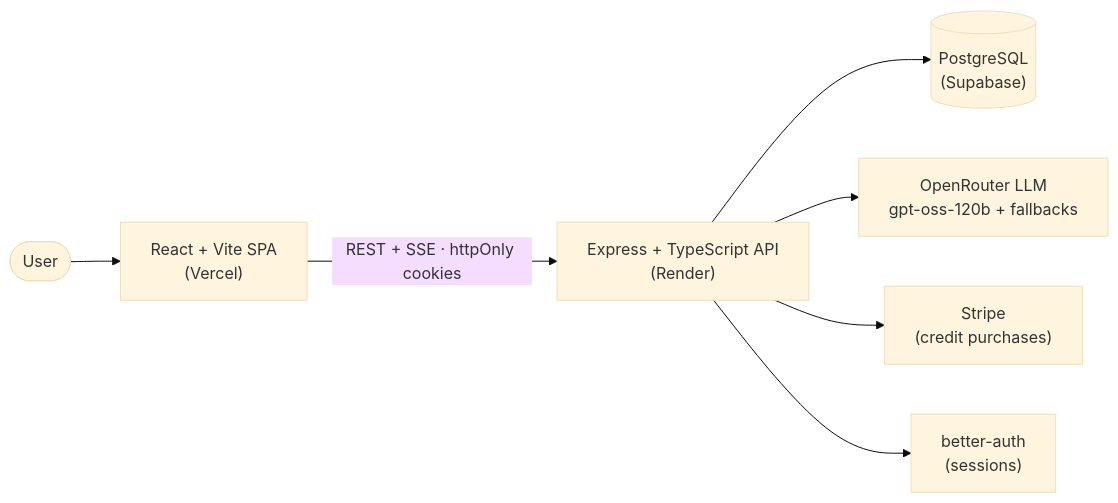
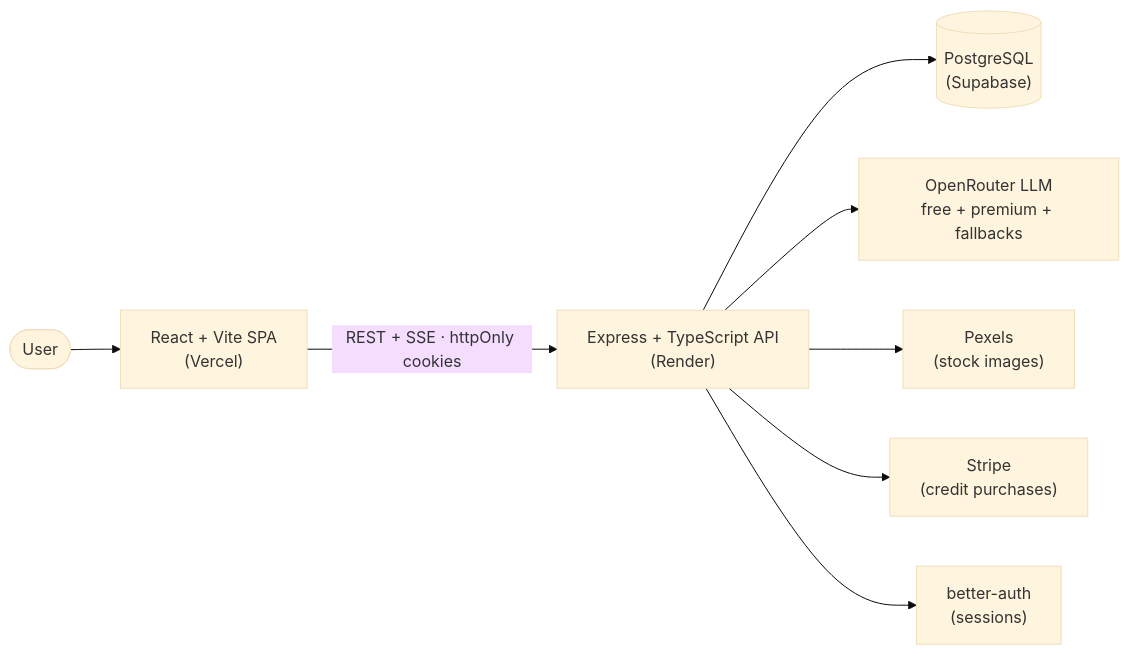
Before and after one commit to Prathamesh51-debug/GenSite: the first of 2 diagrams in README.md, drawn with Mermaid (base theme). The commit also changed other lines of this file and 10 other files, not shown here.

Commit message:
docs: restructure README with evolution, ROI visuals, and an animated free-vs-premium comparison

````diff
--- a/README.md
+++ b/README.md
@@ -46,9 +102,10 @@
 ```mermaid
 flowchart LR
     U([User]) --> FE["React + Vite SPA<br/>(Vercel)"]
     FE -->|"REST + SSE · httpOnly cookies"| API["Express + TypeScript API<br/>(Render)"]
     API --> DB[("PostgreSQL<br/>(Supabase)")]
-    API --> AI["OpenRouter LLM<br/>gpt-oss-120b + fallbacks"]
+    API --> AI["OpenRouter LLM<br/>free + premium + fallbacks"]
+    API --> IMG["Pexels<br/>(stock images)"]
     API --> PAY["Stripe<br/>(credit purchases)"]
     API --> AUTH["better-auth<br/>(sessions)"]
 ```
````
